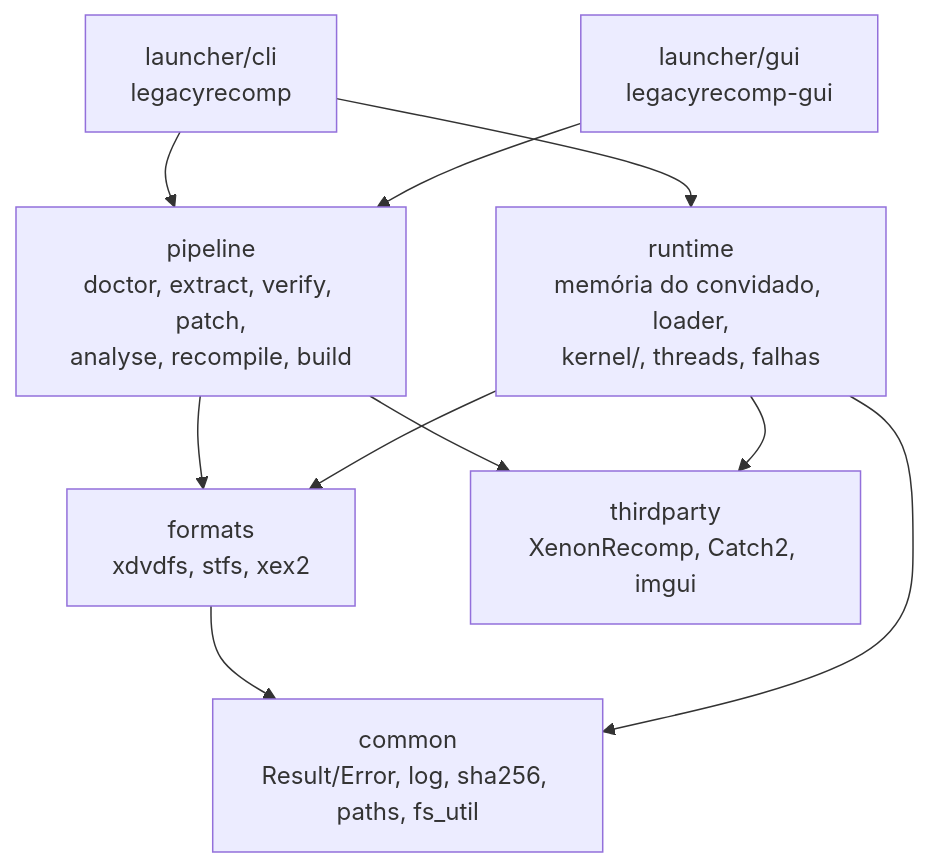
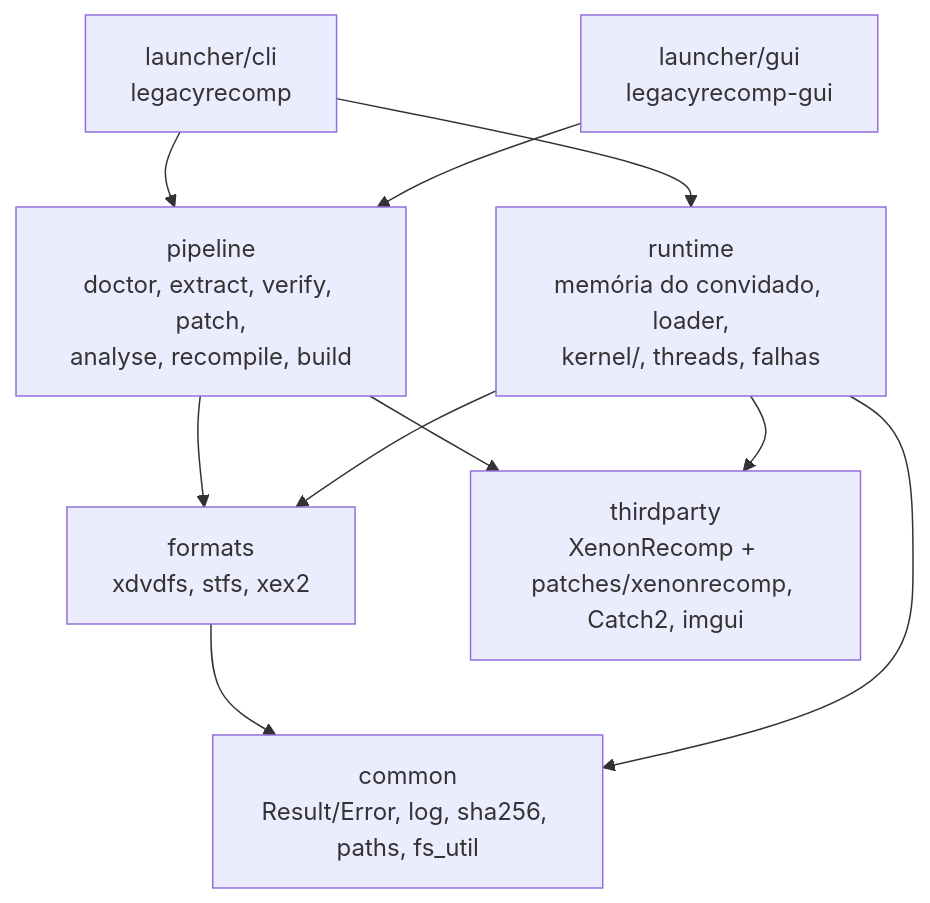
One commit to KauanDev1/legacy-launcher changed the diagram in docs/architecture.md. Above: the diagram before and after it, drawn with Mermaid. The commit also changed other lines of this file and 14 other files, not shown here.

````diff
--- a/docs/architecture.md
+++ b/docs/architecture.md
@@ -5,19 +5,19 @@
 ```mermaid
 flowchart TD
   cli[launcher/cli<br/>legacyrecomp]
   gui[launcher/gui<br/>legacyrecomp-gui]
   pipeline[pipeline<br/>doctor, extract, verify, patch,<br/>analyse, recompile, build]
   runtime[runtime<br/>memória do convidado, loader,<br/>kernel/, threads, falhas]
   formats[formats<br/>xdvdfs, stfs, xex2]
   common[common<br/>Result/Error, log, sha256, paths, fs_util]
-  third[thirdparty<br/>XenonRecomp, Catch2, imgui]
+  third[thirdparty<br/>XenonRecomp + patches/xenonrecomp, Catch2, imgui]
   cli --> pipeline
   gui --> pipeline
   cli --> runtime
   pipeline --> formats
   pipeline --> third
   formats --> common
   runtime --> formats
   runtime --> common
   runtime --> third
 ```
````
